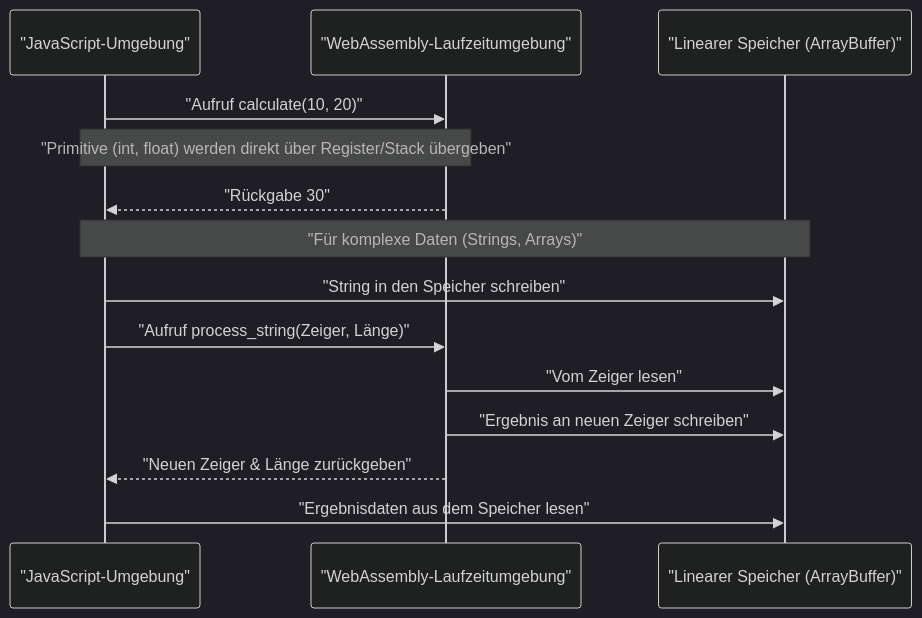
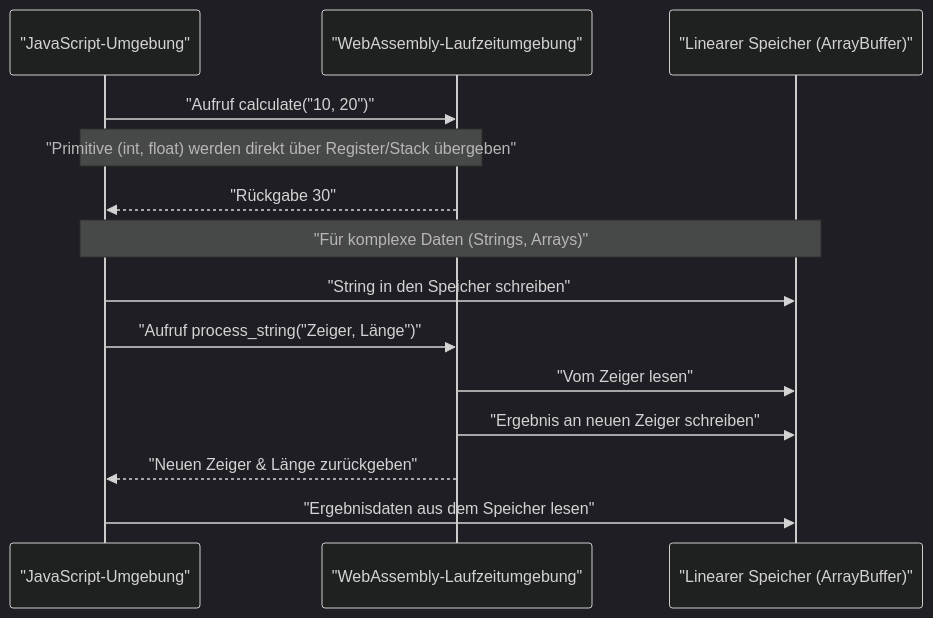
Before and after one commit to kenjinote/blog: the second of 3 diagrams in content/post/webassembly出力/index.de.md, drawn with Mermaid (dark theme). The commit also changed 929 other files, not shown here.

Commit message:
fix: Add double quotes to all Mermaid node texts to resolve syntax errors

````diff
--- a/content/post/webassembly出力/index.de.md
+++ b/content/post/webassembly出力/index.de.md
@@ -220,18 +220,18 @@
 ```mermaid
 sequenceDiagram
   participant JS as "JavaScript-Umgebung"
   participant Wasm as "WebAssembly-Laufzeitumgebung"
   participant Mem as "Linearer Speicher (ArrayBuffer)"
 
-  JS->>Wasm: "Aufruf calculate(10, 20)"
+  JS->>Wasm: "Aufruf calculate("10, 20")"
   note over JS,Wasm: "Primitive (int, float) werden direkt über Register/Stack übergeben"
   Wasm-->>JS: "Rückgabe 30"
 
   note over JS, Mem: "Für komplexe Daten (Strings, Arrays)"
   JS->>Mem: "String in den Speicher schreiben"
-  JS->>Wasm: "Aufruf process_string(Zeiger, Länge)"
+  JS->>Wasm: "Aufruf process_string("Zeiger, Länge")"
   Wasm->>Mem: "Vom Zeiger lesen"
   Wasm->>Mem: "Ergebnis an neuen Zeiger schreiben"
   Wasm-->>JS: "Neuen Zeiger & Länge zurückgeben"
   JS->>Mem: "Ergebnisdaten aus dem Speicher lesen"
 ```
````
